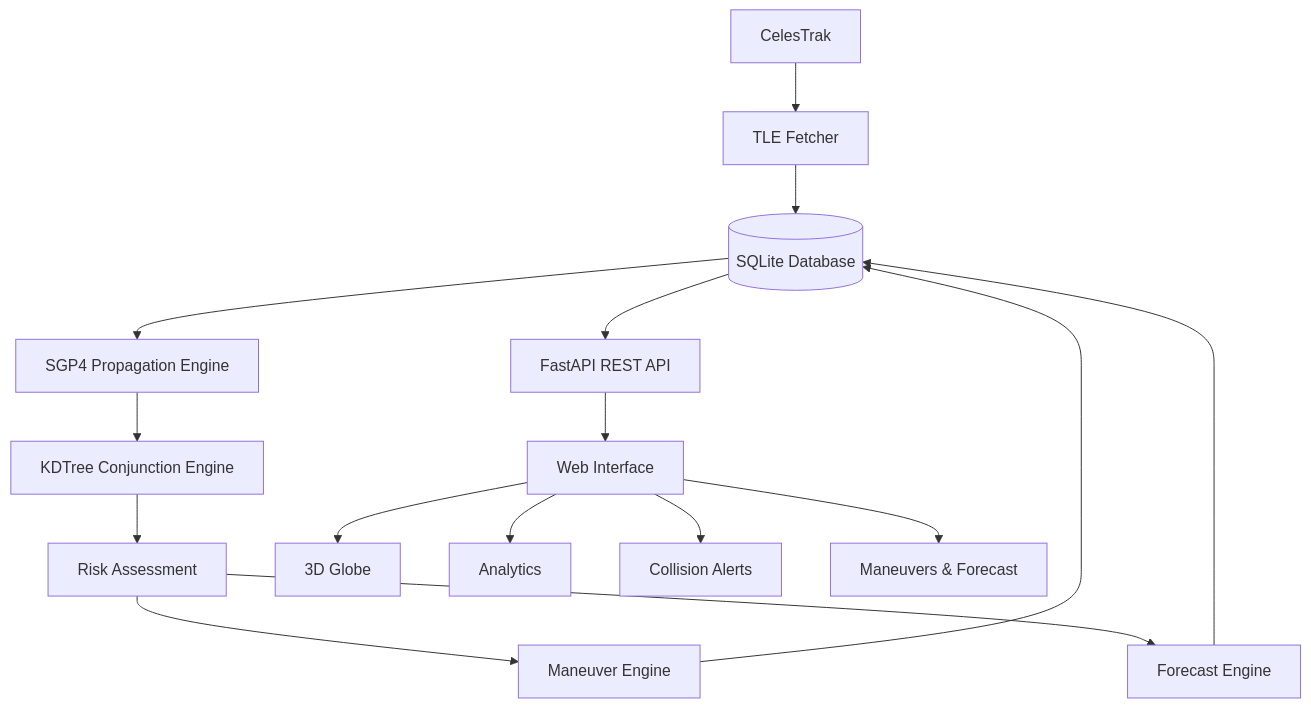
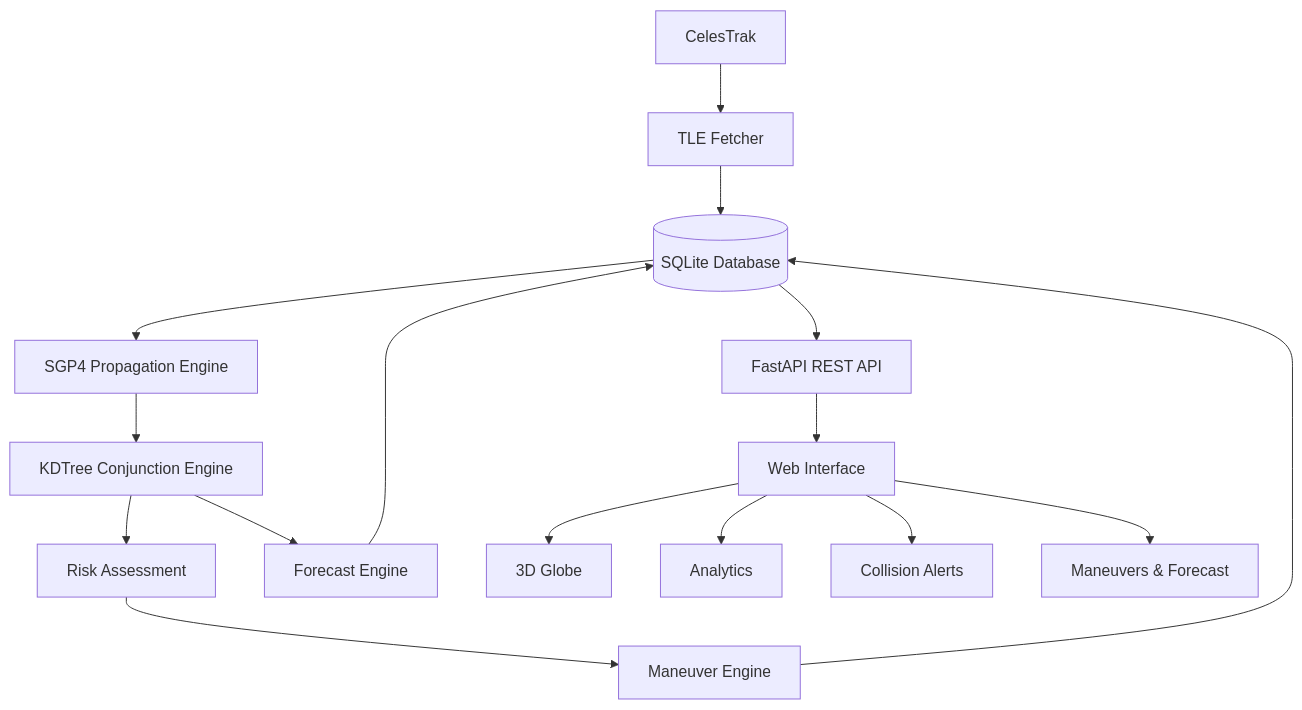
One commit to ssr0231/OrbitWatcher changed the diagram in README.md. Above: the diagram before and after it, drawn with Mermaid. The commit also changed other lines of this file and 2 other files, not shown here.

````diff
--- a/README.md
+++ b/README.md
@@ -218,23 +204,23 @@
 ```mermaid
 flowchart TD
     A[CelesTrak] --> B[TLE Fetcher]
     B --> C[(SQLite Database)]
 
     C --> D[SGP4 Propagation Engine]
     D --> E[KDTree Conjunction Engine]
 
     E --> F[Risk Assessment]
     F --> G[Maneuver Engine]
-    F --> H[Forecast Engine]
+    E --> H[Forecast Engine]
 
     G --> C
     H --> C
 
     C --> I[FastAPI REST API]
     I --> J[Web Interface]
 
     J --> K[3D Globe]
     J --> L[Analytics]
     J --> M[Collision Alerts]
     J --> N[Maneuvers & Forecast]
 ```
````
